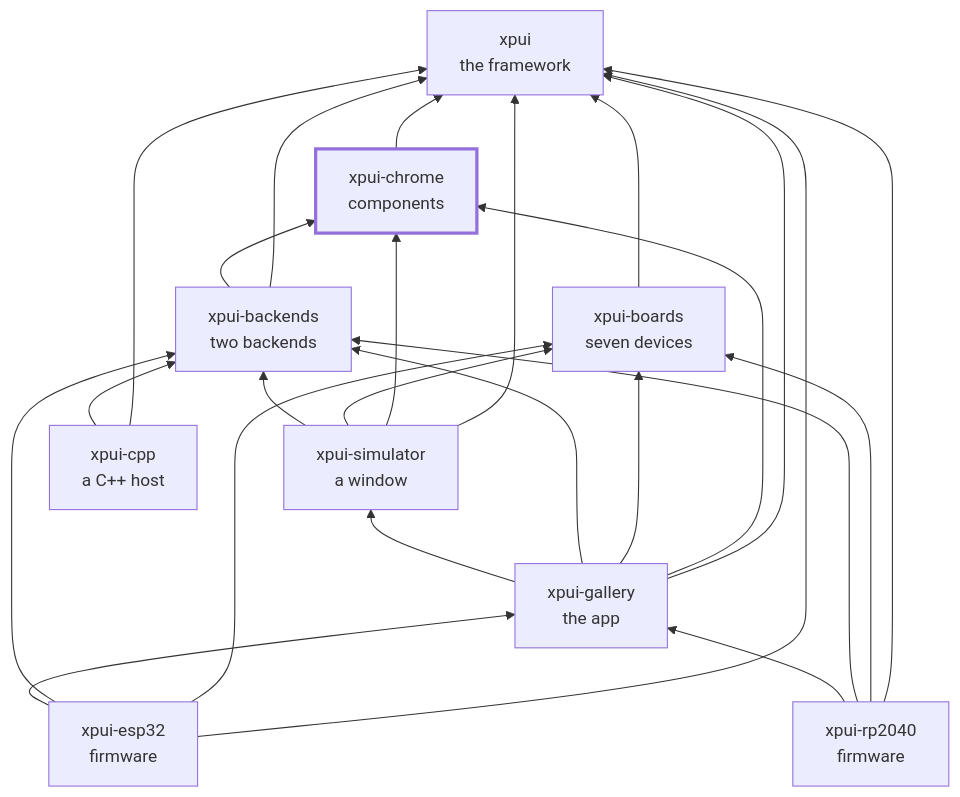
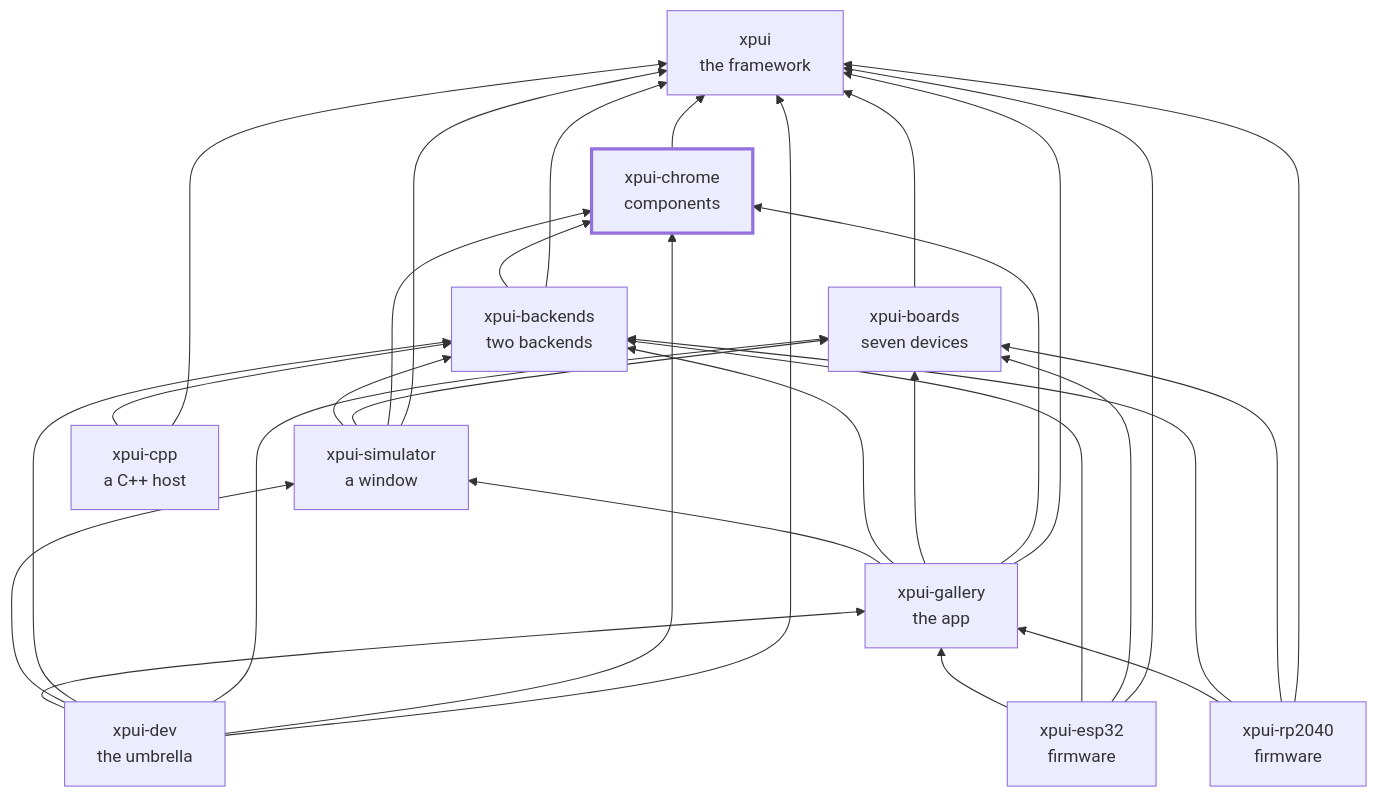
Before and after one commit to XPUI-Framework/xpui-chrome: the diagram in README.md, drawn with Mermaid. The commit also changed 9 other files, not shown here.

````diff
--- a/README.md
+++ b/README.md
@@ -147,36 +147,43 @@
 ```mermaid
 flowchart BT
   xpui["xpui<br/>the framework"]
   chrome["xpui-chrome<br/>components"]
   boards["xpui-boards<br/>seven devices"]
   backends["xpui-backends<br/>two backends"]
   simulator["xpui-simulator<br/>a window"]
   gallery["xpui-gallery<br/>the app"]
   rp2040["xpui-rp2040<br/>firmware"]
   esp32["xpui-esp32<br/>firmware"]
   cpp["xpui-cpp<br/>a C++ host"]
+  dev["xpui-dev<br/>the umbrella"]
   chrome --> xpui
   boards --> xpui
   backends --> xpui
   backends --> chrome
   simulator --> xpui
   simulator --> chrome
   simulator --> boards
   simulator --> backends
   gallery --> xpui
   gallery --> chrome
   gallery --> boards
   gallery --> backends
   gallery --> simulator
   rp2040 --> xpui
   rp2040 --> boards
   rp2040 --> backends
   rp2040 --> gallery
   esp32 --> xpui
   esp32 --> boards
   esp32 --> backends
   esp32 --> gallery
   cpp --> xpui
   cpp --> backends
+  dev --> xpui
+  dev --> chrome
+  dev --> boards
+  dev --> backends
+  dev --> simulator
+  dev --> gallery
   style chrome stroke-width:3px
 ```
````
